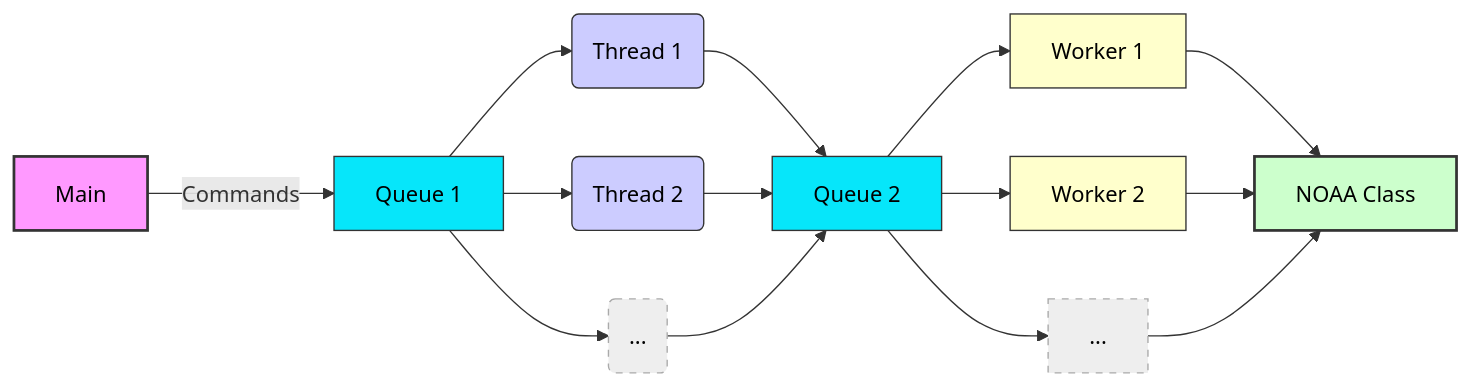
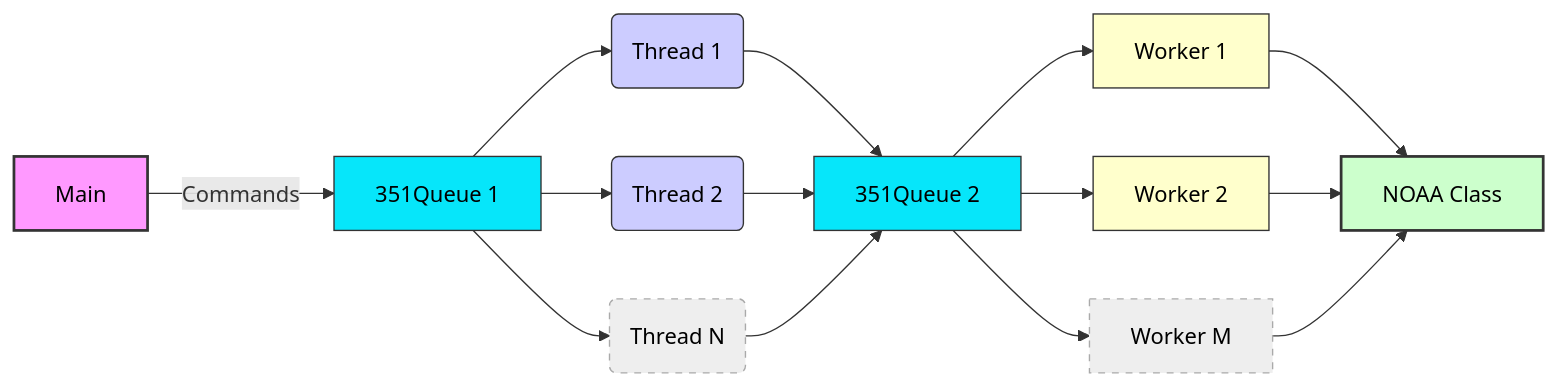
The diagram in lesson_04/canvas/prove.md (byui-cse/cse351-student-version), drawn with Mermaid before and after one commit. The commit also changed other lines of this file and 7 other files, not shown here.

````diff
--- a/lesson_04/canvas/prove.md
+++ b/lesson_04/canvas/prove.md
@@ -42,42 +42,42 @@
 ```mermaid
 graph LR
     main[Main]
-    Q1[Queue 1]
+    Q1[351Queue 1]
     T1(Thread 1)
     T2(Thread 2)
-    TN(...)
-    Q2[Queue 2]
+    TN(Thread N)
+    Q2[351Queue 2]
     W1[Worker 1]
     W2[Worker 2]
-    WN[...]
+    WN[Worker M]
     NOAA_Class[NOAA Class]
 
     main -- Commands --> Q1;
 
     Q1 --> T1;
     Q1 --> T2;
     Q1 --> TN;
 
     T1 --> Q2;
     T2 --> Q2;
     TN --> Q2;
 
     Q2 --> W1;
     Q2 --> W2;
     Q2 --> WN;
 
     W1 --> NOAA_Class;
     W2 --> NOAA_Class;
     WN --> NOAA_Class;
 
 style main fill:#f9f,stroke:#333,stroke-width:2px,color:#000
 style Q1 fill:#06e6fa,stroke:#333,stroke-width:1px,color:#000
 style Q2 fill:#06e6fa,stroke:#333,stroke-width:1px,color:#000
 style T1 fill:#ccf,stroke:#333,stroke-width:1px,color:#000
 style T2 fill:#ccf,stroke:#333,stroke-width:1px,color:#000
 style TN fill:#eee,stroke:#aaa,stroke-width:1px,stroke-dasharray: 5 5,color:#000
 style W1 fill:#ffc,stroke:#333,stroke-width:1px,color:#000
 style W2 fill:#ffc,stroke:#333,stroke-width:1px,color:#000
 style WN fill:#eee,stroke:#aaa,stroke-width:1px,stroke-dasharray: 5 5,color:#000
 style NOAA_Class fill:#cfc,stroke:#333,stroke-width:2px,color:#000
 ```
````
